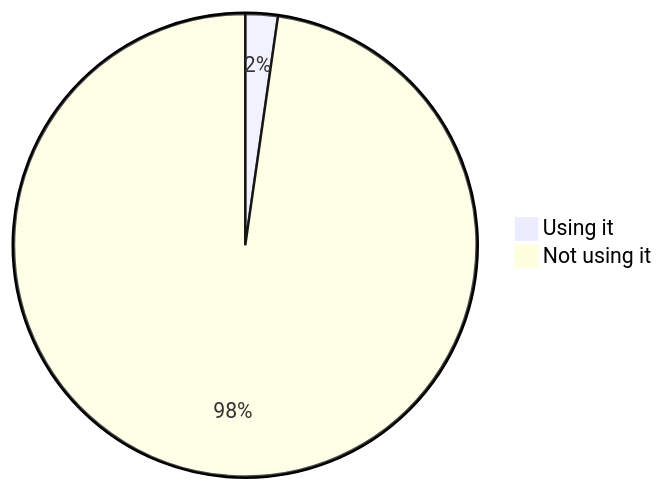
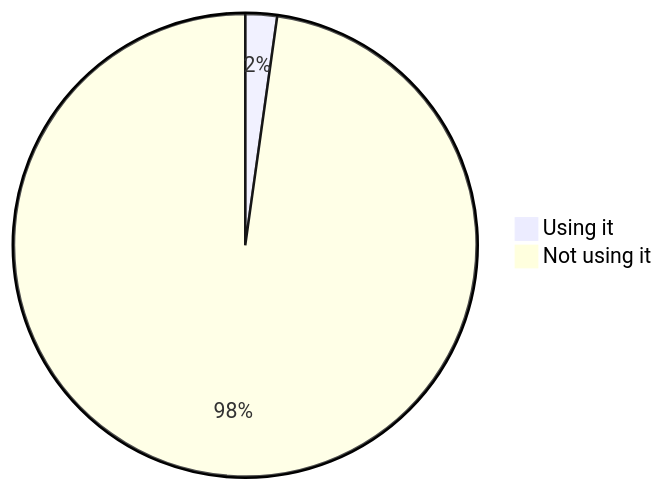
The fifth of 18 diagrams in stats.md (oshp/oshp-stats), drawn with Mermaid before and after one commit. The commit also changed other lines of this file and 1 other file, not shown here.

````diff
--- a/stats.md
+++ b/stats.md
@@ -56,6 +56,6 @@
 ```mermaid
 pie
-	"Using it" : 2.26
-	"Not using it" : 97.74
+	"Using it" : 2.21
+	"Not using it" : 97.79
 
 ```
````
